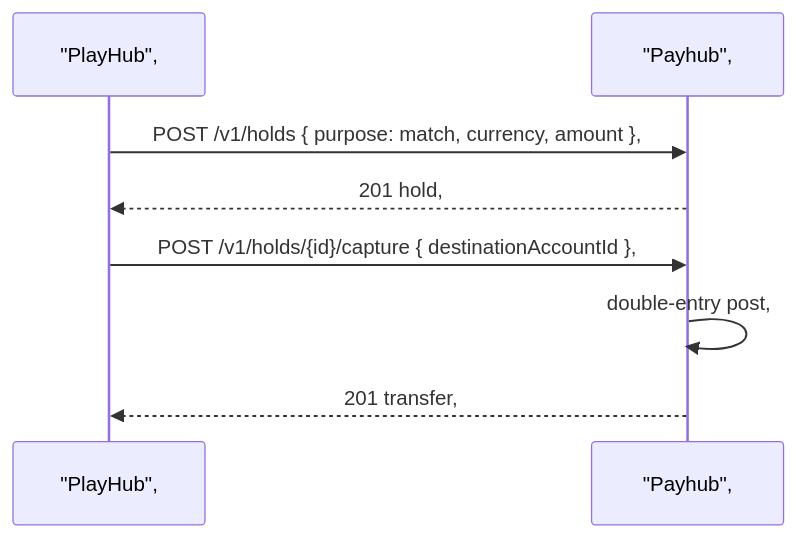
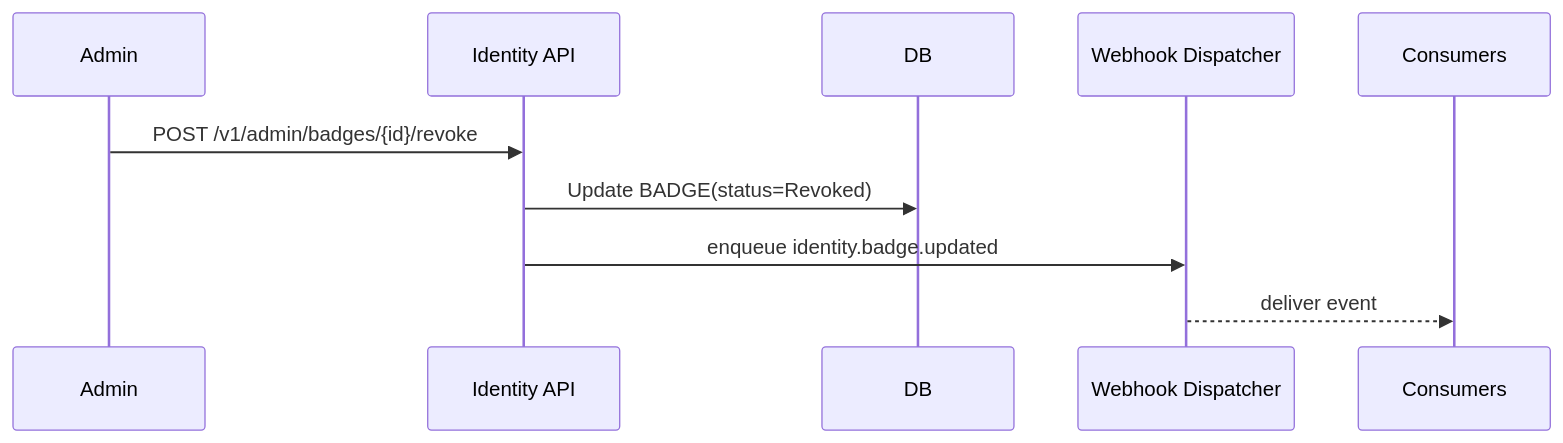
One commit to bkkac/tg-miniapp-payhub-service changed the seventh of 8 diagrams in SystemDesign.md. Above: the diagram before and after it, drawn with Mermaid. The commit also changed other lines of this file, not shown here.

````diff
--- a/SystemDesign.md
+++ b/SystemDesign.md
@@ -775,10 +1083,11 @@
 ```mermaid
 sequenceDiagram
-  participant PL as "PlayHub",
-  participant PH as "Payhub",
-  PL->>PH: POST /v1/holds { purpose: match, currency, amount },
-  PH-->>PL: 201 hold,
-  PL->>PH: POST /v1/holds/{id}/capture { destinationAccountId },
-  PH->>PH: double-entry post,
-  PH-->>PL: 201 transfer,
+  participant ADM as Admin
+  participant API as Identity API
+  participant DB as DB
+  participant WH as Webhook Dispatcher
+  ADM->>API: POST /v1/admin/badges/{id}/revoke
+  API->>DB: Update BADGE(status=Revoked)
+  API->>WH: enqueue identity.badge.updated
+  WH-->>Consumers: deliver event
 ```
````
